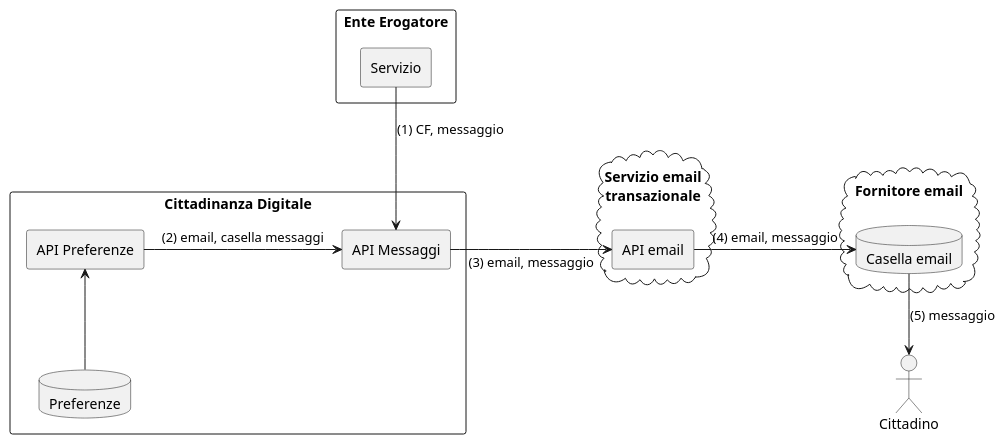
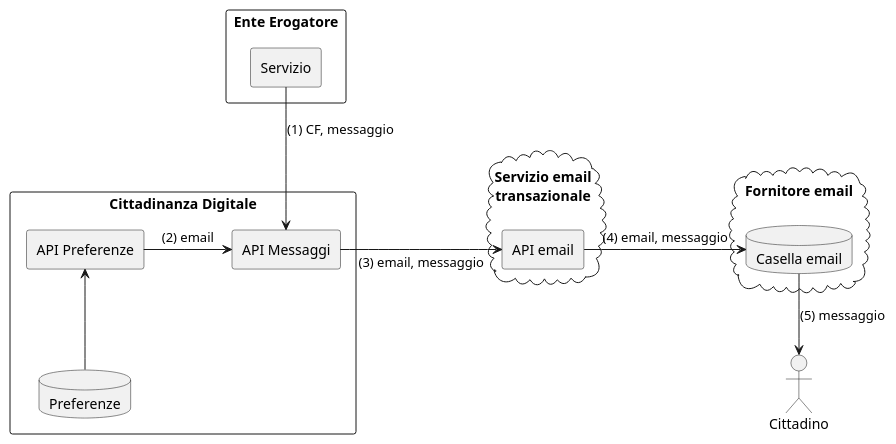
The diagram in gdpr/diagrams/messaggio-profile-email.puml (pagopa-archive/io), drawn with PlantUML before and after one commit. The commit also changed 4 other files, not shown here.

```diff
--- a/gdpr/diagrams/messaggio-profile-email.puml
+++ b/gdpr/diagrams/messaggio-profile-email.puml
@@ -1,34 +1,34 @@
 @startuml
 
 :Cittadino: as cittadino
 
 rectangle "Ente Erogatore" {
   agent "Servizio" as ente
 }
 
 rectangle "Cittadinanza Digitale" {
   agent "API Messaggi" as apimessaggi
   agent "API Preferenze" as apipreferenze
   database "Preferenze" as dbpreferenze
 }
 
 cloud "Servizio email\ntransazionale\n" {
   agent "API email" as txemail
 }
 
 cloud "Fornitore email\n" {
   database "Casella email" as emailprovider
 }
 
 ente --> apimessaggi : (1) CF, messaggio
 
 dbpreferenze -up-> apipreferenze
-apipreferenze -> apimessaggi : (2) email, casella messaggi
+apipreferenze -> apimessaggi : (2) email
 
 apimessaggi -right-> txemail : (3) email, messaggio
 
 txemail -> emailprovider : (4) email, messaggio
 
 emailprovider --> cittadino : (5) messaggio
 
 @enduml
```
